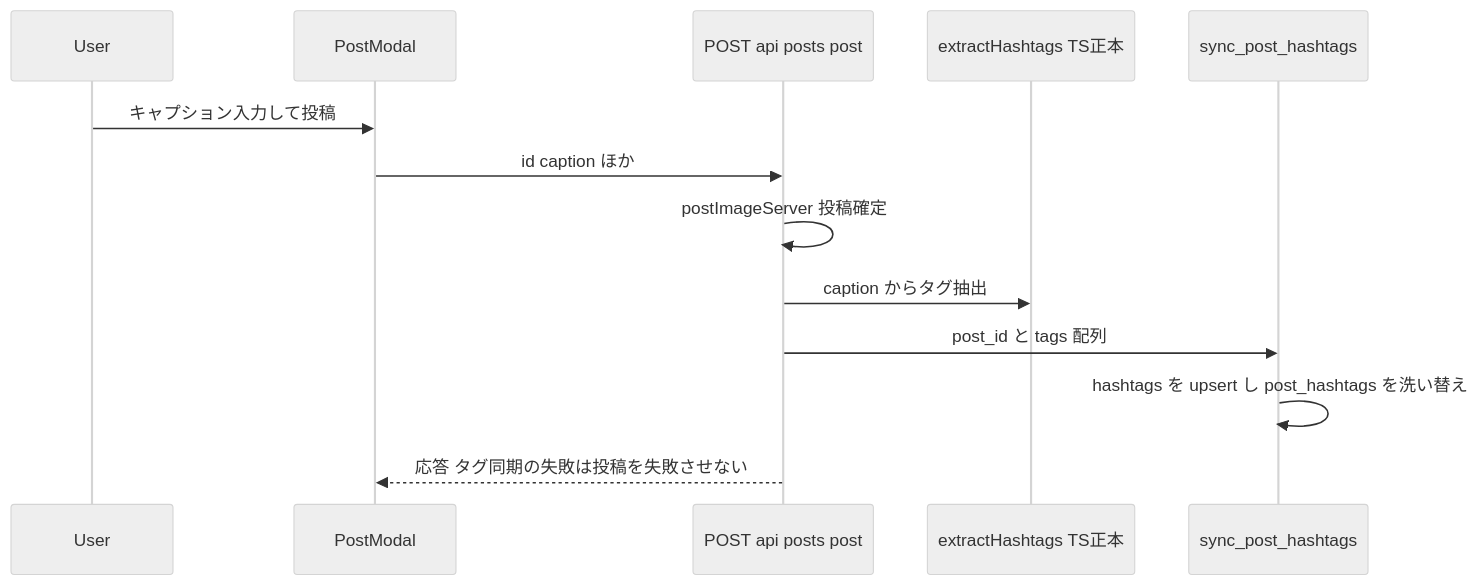
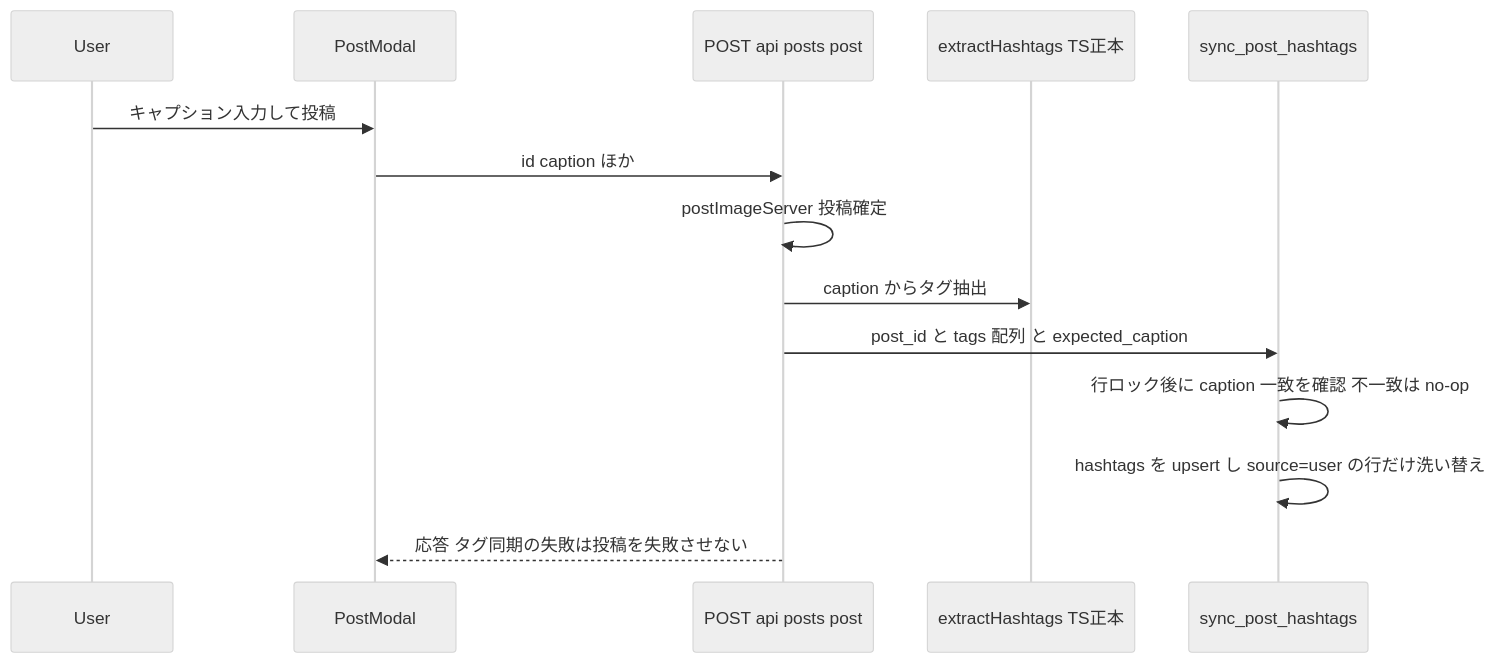
One commit to 3balljugglerYu/ai_coordinate changed the second of 4 diagrams in docs/planning/hashtag-search-implementation-plan.md. Above: the diagram before and after it, drawn with Mermaid (neutral theme). The commit also changed other lines of this file, not shown here.

First line of the commit message:
docs(planning): 再レビュー2件に対応(図と一覧に残っていた旧設計の統一)

````diff
--- a/docs/planning/hashtag-search-implementation-plan.md
+++ b/docs/planning/hashtag-search-implementation-plan.md
@@ -70,15 +70,16 @@
 ```mermaid
 sequenceDiagram
     participant U as User
     participant PM as PostModal
     participant API as POST api posts post
     participant TS as extractHashtags TS正本
     participant RPC as sync_post_hashtags
     U->>PM: キャプション入力して投稿
     PM->>API: id caption ほか
     API->>API: postImageServer 投稿確定
     API->>TS: caption からタグ抽出
-    API->>RPC: post_id と tags 配列
-    RPC->>RPC: hashtags を upsert し post_hashtags を洗い替え
+    API->>RPC: post_id と tags 配列 と expected_caption
+    RPC->>RPC: 行ロック後に caption 一致を確認 不一致は no-op
+    RPC->>RPC: hashtags を upsert し source=user の行だけ洗い替え
     API-->>PM: 応答 タグ同期の失敗は投稿を失敗させない
 ```
````
